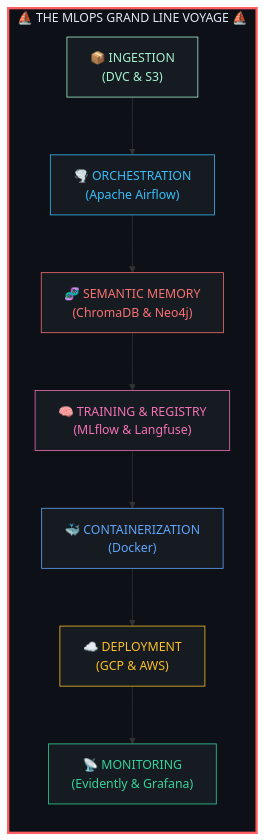
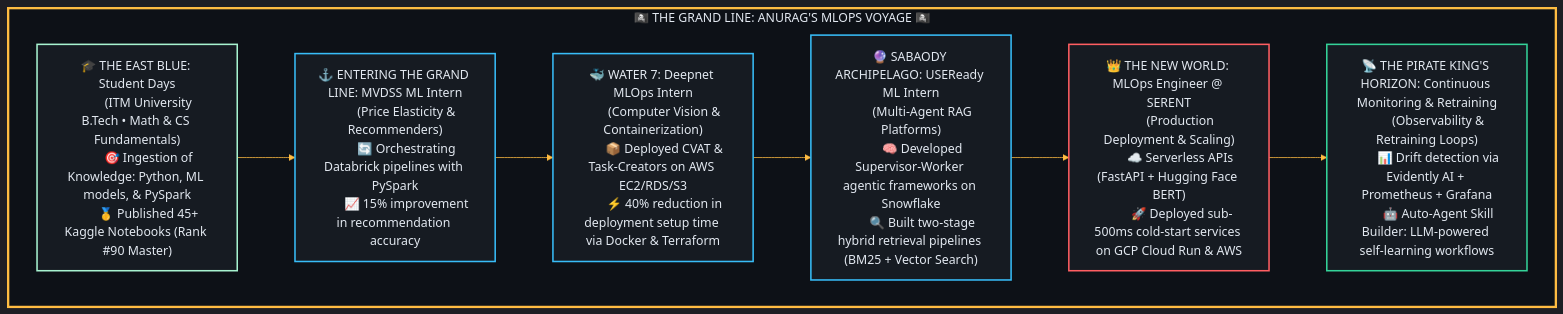
One commit to Anurag-raj03/Anurag-raj03 changed the diagram in README.md. Above: the diagram before and after it, drawn with Mermaid. The commit also changed other lines of this file, not shown here.

Commit message:
Fix image assets and expand career voyage map

````diff
--- a/README.md
+++ b/README.md
@@ -64,21 +64,47 @@
 ```mermaid
-flowchart LR
-    %% Grand Line Voyage style
-    subgraph GrandLine["⛵ THE MLOPS GRAND LINE VOYAGE ⛵"]
-        Ingestion["📦 INGESTION<br/>(DVC & S3)"] --> Airflow["🌪️ ORCHESTRATION<br/>(Apache Airflow)"]
-        Airflow --> Memory["🧬 SEMANTIC MEMORY<br/>(ChromaDB & Neo4j)"]
-        Memory --> Training["🧠 TRAINING & REGISTRY<br/>(MLflow & Langfuse)"]
-        Training --> Docker["🐳 CONTAINERIZATION<br/>(Docker)"]
-        Docker --> Cloud["☁️ DEPLOYMENT<br/>(GCP & AWS)"]
-        Cloud --> Monitoring["📡 MONITORING<br/>(Evidently & Grafana)"]
+%%{init: {'theme': 'dark', 'themeVariables': { 'background': '#0d1117', 'primaryColor': '#161b22', 'edgeLabelBackground':'#0d1117', 'tertiaryColor': '#161b22', 'lineColor': '#ffbc42' }}}%%
+flowchart TD
+    subgraph GrandLine["🏴‍☠️ THE GRAND LINE: ANURAG'S MLOPS VOYAGE 🏴‍☠️"]
+        Student["🎓 THE EAST BLUE: Student Days
+        (ITM University B.Tech • Math & CS Fundamentals)
+        🎯 Ingestion of Knowledge: Python, ML models, & PySpark
+        🥇 Published 45+ Kaggle Notebooks (Rank #90 Master)"]
+        -->
+        Intern1["⚓ ENTERING THE GRAND LINE: MVDSS ML Intern
+        (Price Elasticity & Recommenders)
+        🔄 Orchestrating Databrick pipelines with PySpark
+        📈 15% improvement in recommendation accuracy"]
+        -->
+        Intern2["🐳 WATER 7: Deepnet MLOps Intern
+        (Computer Vision & Containerization)
+        📦 Deployed CVAT & Task-Creators on AWS EC2/RDS/S3
+        ⚡ 40% reduction in deployment setup time via Docker & Terraform"]
+        -->
+        Intern3["🔮 SABAODY ARCHIPELAGO: USEReady ML Intern
+        (Multi-Agent RAG Platforms)
+        🧠 Developed Supervisor-Worker agentic frameworks on Snowflake
+        🔍 Built two-stage hybrid retrieval pipelines (BM25 + Vector Search)"]
+        -->
+        Engineer["👑 THE NEW WORLD: MLOps Engineer @ SERENT
+        (Production Deployment & Scaling)
+        ☁️ Serverless APIs (FastAPI + Hugging Face BERT)
+        🚀 Deployed sub-500ms cold-start services on GCP Cloud Run & AWS"]
+        -->
+        Monitoring["📡 THE PIRATE KING'S HORIZON: Continuous Monitoring & Retraining
+        (Observability & Retraining Loops)
+        📊 Drift detection via Evidently AI + Prometheus + Grafana
+        🤖 Auto-Agent Skill Builder: LLM-powered self-learning workflows"]
     end
 
-    style GrandLine fill:#0d1117,stroke:#ff5e62,stroke-width:3px,color:#e2e8f0
-    style Ingestion fill:#161b22,stroke:#a7f3d0,color:#a7f3d0
-    style Airflow fill:#161b22,stroke:#38bdf8,color:#38bdf8
-    style Memory fill:#161b22,stroke:#f87171,color:#f87171
-    style Training fill:#161b22,stroke:#f472b6,color:#f472b6
-    style Docker fill:#161b22,stroke:#60a5fa,color:#60a5fa
-    style Cloud fill:#161b22,stroke:#fbbf24,color:#fbbf24
-    style Monitoring fill:#161b22,stroke:#34d399,color:#34d399
+    classDef studentStyle fill:#161b22,stroke:#a7f3d0,stroke-width:2px,color:#e2e8f0;
+    classDef internStyle fill:#161b22,stroke:#38bdf8,stroke-width:2px,color:#e2e8f0;
+    classDef engineerStyle fill:#161b22,stroke:#ff5e62,stroke-width:2px,color:#e2e8f0;
+    classDef monitorStyle fill:#161b22,stroke:#34d399,stroke-width:2px,color:#e2e8f0;
+
+    class Student studentStyle;
+    class Intern1,Intern2,Intern3 internStyle;
+    class Engineer engineerStyle;
+    class Monitoring monitorStyle;
+    
+    style GrandLine fill:#0d1117,stroke:#ffbc42,stroke-width:3px,color:#e2e8f0
 ```
````
